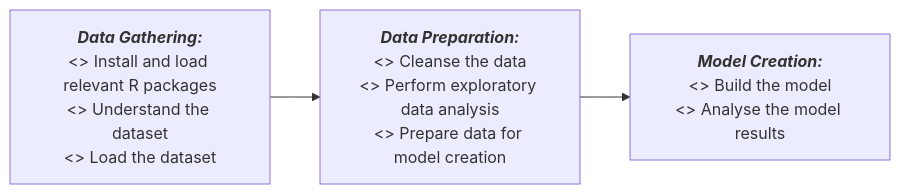
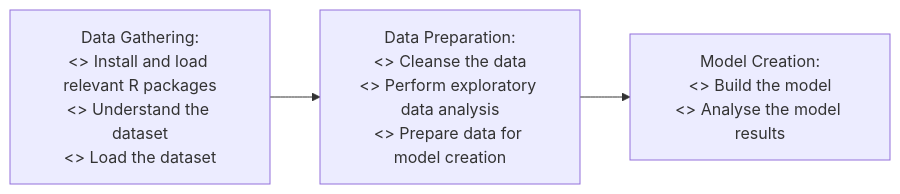
One commit to Cydol/DS-Project4 changed the diagram in README.md. Above: the diagram before and after it, drawn with Mermaid.

Commit message:
Update readme to fix flow chart

````diff
--- a/README.md
+++ b/README.md
@@ -40,15 +40,15 @@
 ```mermaid
 flowchart LR
-  Step1["`***Data Gathering:***
+  Step1["`Data Gathering:
    <> Install and load relevant R packages
    <> Understand the dataset
    <> Load the dataset`"]
-  Step2["`***Data Preparation:***
+  Step2["`Data Preparation:
   <> Cleanse the data
   <> Perform exploratory data analysis
   <> Prepare data for model creation`"]
-  Step3["`***Model Creation:***
+  Step3["`Model Creation:
   <> Build the model
   <> Analyse the model results`"]
   Step1-->Step2-->Step3
 ```
````
